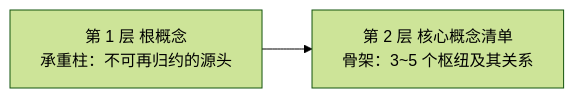
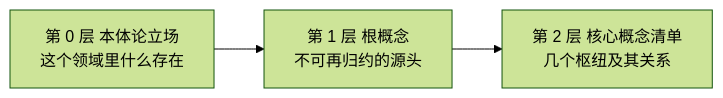
The second of 6 diagrams in 100-subprojects/01-系统工程研究/03-架构师是个怎样的物种/01-第1章-概念体系能力-学习能力的杠杆.md (Yongjunzhou/AOS-system-design), drawn with Mermaid (forest theme) before and after one commit. The commit also changed other lines of this file and 46 other files, not shown here.

````diff
--- a/100-subprojects/01-系统工程研究/03-架构师是个怎样的物种/01-第1章-概念体系能力-学习能力的杠杆.md
+++ b/100-subprojects/01-系统工程研究/03-架构师是个怎样的物种/01-第1章-概念体系能力-学习能力的杠杆.md
@@ -216,4 +255,4 @@
 ```mermaid
 flowchart LR
-    A["第 1 层 根概念<br/>承重柱：不可再归约的源头"] --> B["第 2 层 核心概念清单<br/>骨架：3~5 个枢纽及其关系"]
+    Z["第 0 层 本体论立场<br/>这个领域里什么存在"] --> A["第 1 层 根概念<br/>不可再归约的源头"] --> B["第 2 层 核心概念清单<br/>几个枢纽及其关系"]
 ```
````
